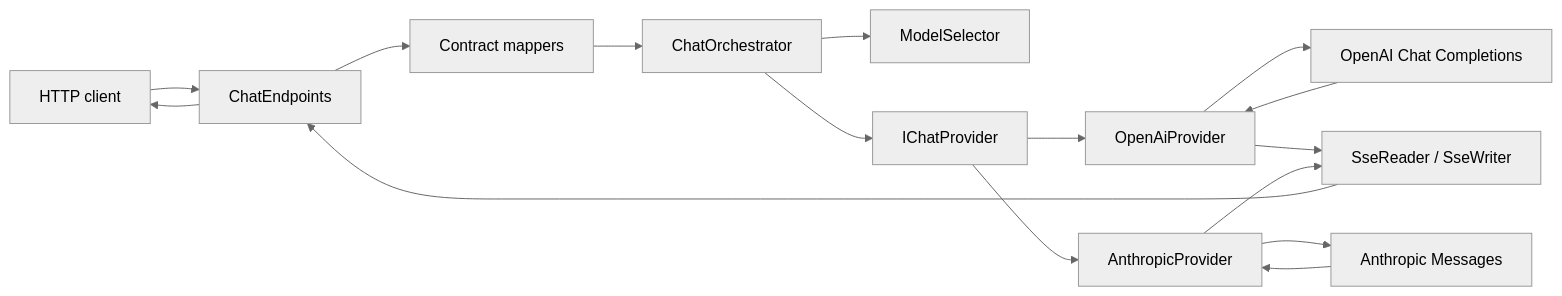
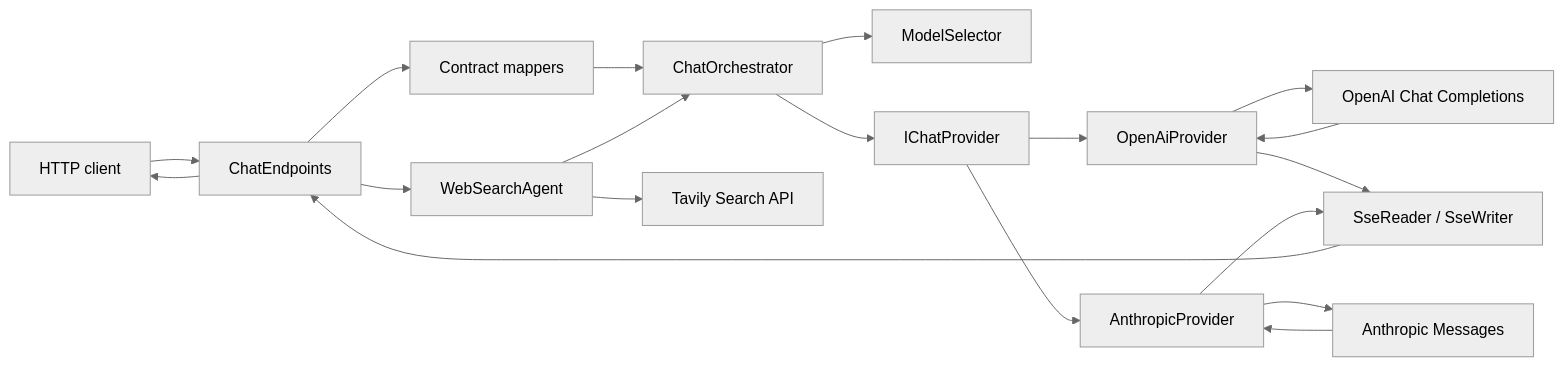
The first of 2 diagrams in docs/ARCHITECTURE.md (xoaicatchu/ai-assistant), drawn with Mermaid (neutral theme) before and after one commit. The commit also changed other lines of this file and 77 other files, not shown here.

````diff
--- a/docs/ARCHITECTURE.md
+++ b/docs/ARCHITECTURE.md
@@ -11,30 +11,35 @@
 ```mermaid
 flowchart LR
     Client[HTTP client]
     Routes[ChatEndpoints]
     Mapper[Contract mappers]
     Orchestrator[ChatOrchestrator]
     Selector[ModelSelector]
     Port[IChatProvider]
     OpenAI[OpenAiProvider]
     Anthropic[AnthropicProvider]
     OpenAIAPI[OpenAI Chat Completions]
     AnthropicAPI[Anthropic Messages]
+    WebSearchAgent[WebSearchAgent]
+    Tavily[Tavily Search API]
     SSE[SseReader / SseWriter]
 
     Client --> Routes
     Routes --> Mapper
     Mapper --> Orchestrator
+    Routes --> WebSearchAgent
+    WebSearchAgent --> Orchestrator
+    WebSearchAgent --> Tavily
     Orchestrator --> Selector
     Orchestrator --> Port
     Port --> OpenAI
     Port --> Anthropic
     OpenAI --> OpenAIAPI
     Anthropic --> AnthropicAPI
     OpenAIAPI --> OpenAI
     AnthropicAPI --> Anthropic
     OpenAI --> SSE
     Anthropic --> SSE
     SSE --> Routes
     Routes --> Client
 ```
````
